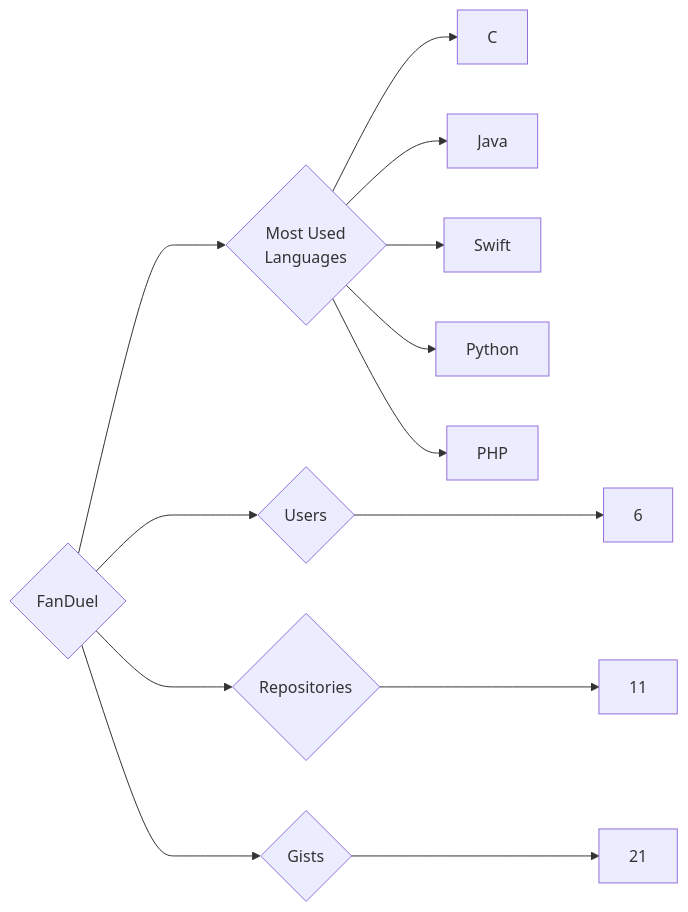
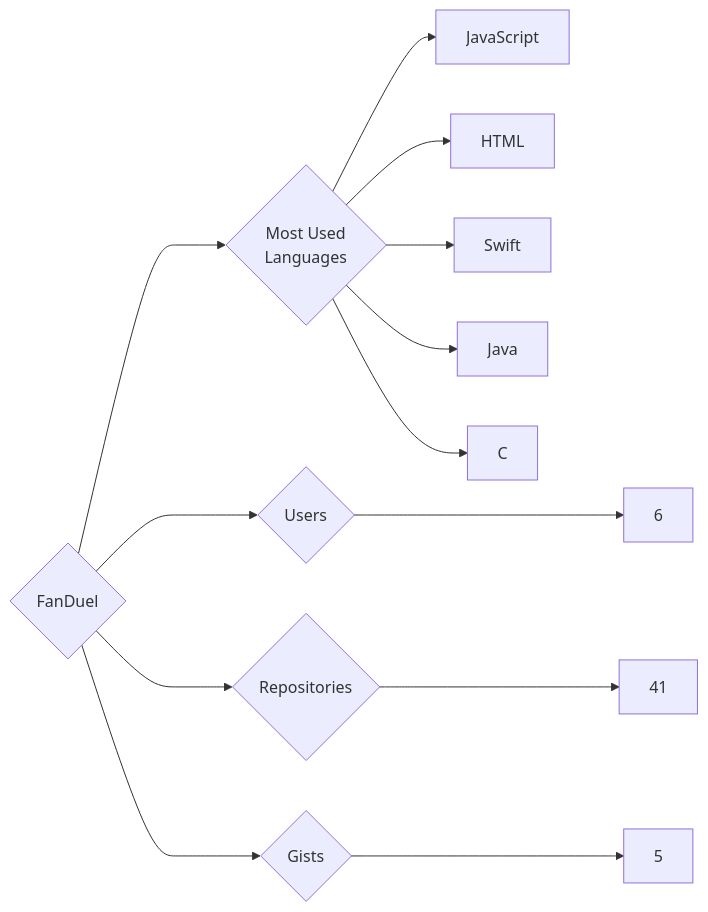
The diagram in targets/FanDuel/README.md (trickest/insiders), drawn with Mermaid before and after one commit. The commit also changed 1003 other files, not shown here.

````diff
--- a/targets/FanDuel/README.md
+++ b/targets/FanDuel/README.md
@@ -3,13 +3,13 @@
 ```mermaid
 graph LR
 COMPANY_NAME{FanDuel}
 COMPANY_NAME ---> U{Users} ---> UN[6]
-COMPANY_NAME ---> R{Repositories} ---> RN[11]
-COMPANY_NAME ---> G{Gists} ---> GN[21]
+COMPANY_NAME ---> R{Repositories} ---> RN[41]
+COMPANY_NAME ---> G{Gists} ---> GN[5]
 COMPANY_NAME ---> ML{Most Used<br>Languages}
+ML --> JavaScript[JavaScript]
+ML --> HTML[HTML]
+ML --> Swift[Swift]
+ML --> Java[Java]
 ML --> C[C]
-ML --> Java[Java]
-ML --> Swift[Swift]
-ML --> Python[Python]
-ML --> PHP[PHP]
 ```
````
